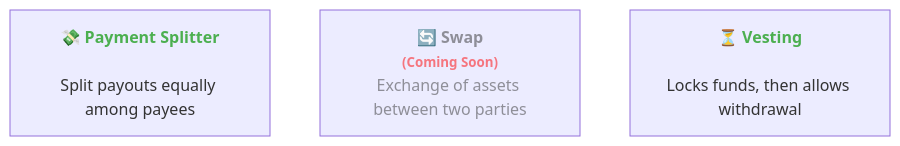
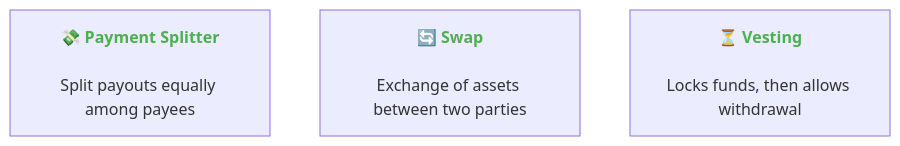
One commit to MeshJS/polkadot changed the third of 3 diagrams in apps/docs/src/pages/en/wiki/3_smart_contracts_lib/3000.md. Above: the diagram before and after it, drawn with Mermaid. The commit also changed other lines of this file and 5 other files, not shown here.

````diff
--- a/apps/docs/src/pages/en/wiki/3_smart_contracts_lib/3000.md
+++ b/apps/docs/src/pages/en/wiki/3_smart_contracts_lib/3000.md
@@ -35,10 +34,10 @@
 ```mermaid
 graph TD
     G["💸 <b style='color:#4CAF50;'>Payment Splitter</b><br><br>Split payouts equally among payees"]
-    H["🔄 <b style='color:#4CAF50;opacity:0.5;'>Swap<br><small style='color:red;'>(Coming Soon)</small></b><br><span style='opacity:0.5;'>Exchange of assets between two parties</span>"]
+    H["🔄 <b style='color:#4CAF50;'>Swap</b><br><br>Exchange of assets between two parties"]
     I["⏳ <b style='color:#4CAF50;'>Vesting</b><br><br>Locks funds, then allows withdrawal"]
 
     click G "3002" "Payment Splitter"
-    %% H intentionally has no click binding
+    click G "3006" "Swap"
     click I "3003" "Vesting"
 ```
````
